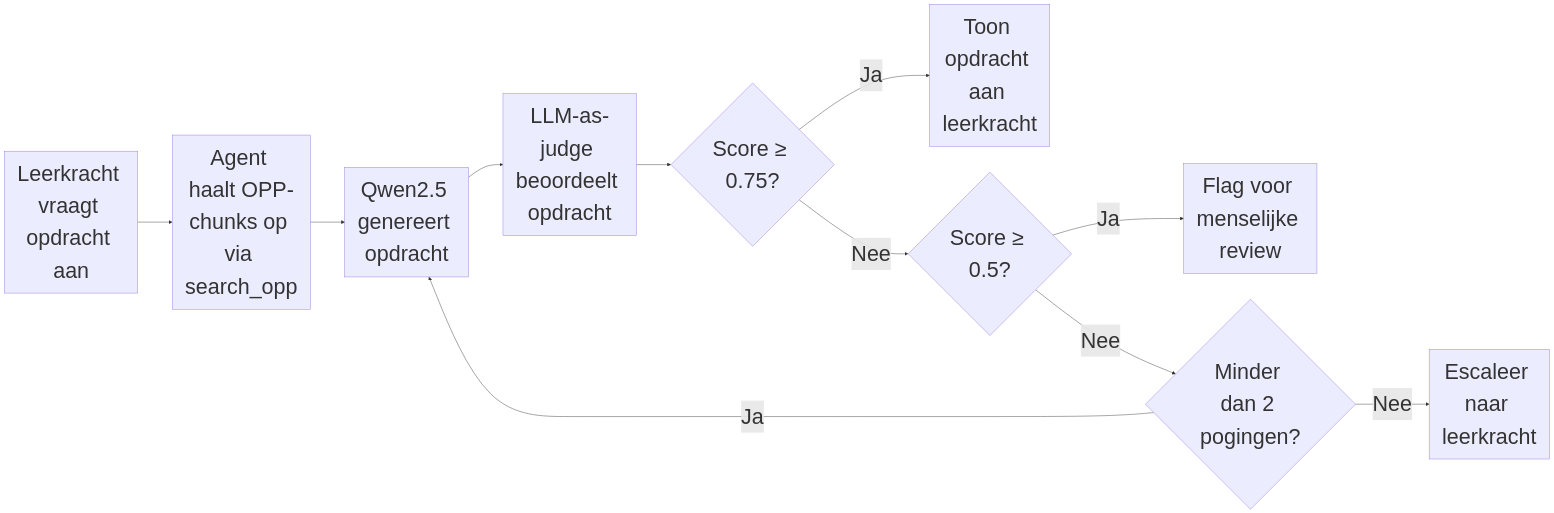
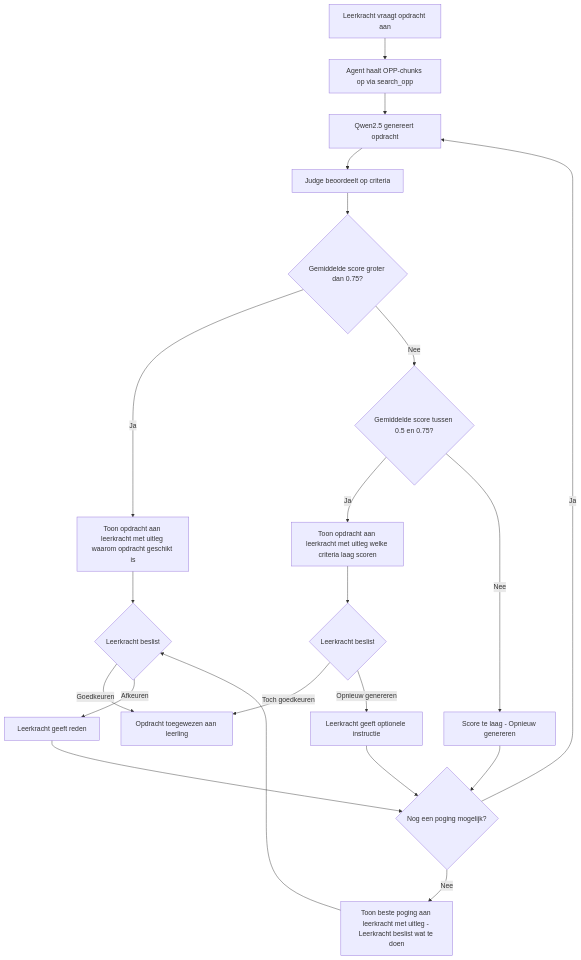
One commit to Jayson123321/Juf-aimee changed the diagram in docs/Ontwerp/llm-as-judge.md. Above: the diagram before and after it, drawn with Mermaid. The commit also changed other lines of this file, not shown here.

Commit message:
Refine evaluation pipeline in LLM-as-Judge documentation with updated flowchart and scoring criteria

````diff
--- a/docs/Ontwerp/llm-as-judge.md
+++ b/docs/Ontwerp/llm-as-judge.md
@@ -62,14 +62,23 @@
 ```mermaid
-%%{init: {'flowchart': {'useMaxWidth': true, 'nodeSpacing': 60, 'rankSpacing': 80}, 'themeVariables': {'fontSize': '50px'}}}%%
-flowchart LR
+flowchart TD
     A[Leerkracht vraagt opdracht aan] --> B[Agent haalt OPP-chunks op via search_opp]
     B --> C[Qwen2.5 genereert opdracht]
-    C --> D[LLM-as-judge beoordeelt opdracht]
-    D --> E{Score ≥ 0.75?}
-    E -- Ja --> F[Toon opdracht aan leerkracht]
-    E -- Nee --> G{Score ≥ 0.5?}
-    G -- Ja --> H[Flag voor menselijke review]
-    G -- Nee --> I{Minder dan 2 pogingen?}
-    I -- Ja --> C
-    I -- Nee --> J[Escaleer naar leerkracht]
+    C --> D[Judge beoordeelt op criteria]
+    D --> E{Gemiddelde score groter dan 0.75?}
+    E -- Ja --> J[Toon opdracht aan leerkracht met uitleg waarom opdracht geschikt is]
+    J --> K{Leerkracht beslist}
+    K -- Goedkeuren --> L[Opdracht toegewezen aan leerling]
+    K -- Afkeuren --> M[Leerkracht geeft reden]
+    M --> G
+    E -- Nee --> I{Gemiddelde score tussen 0.5 en 0.75?}
+    I -- Ja --> O[Toon opdracht aan leerkracht met uitleg welke criteria laag scoren]
+    O --> P{Leerkracht beslist}
+    P -- Toch goedkeuren --> L
+    P -- Opnieuw genereren --> Q[Leerkracht geeft optionele instructie]
+    Q --> G
+    I -- Nee --> F[Score te laag - Opnieuw genereren]
+    F --> G{Nog een poging mogelijk?}
+    G -- Ja --> C
+    G -- Nee --> H[Toon beste poging aan leerkracht met uitleg - Leerkracht beslist wat te doen]
+    H --> K
 ```
````
